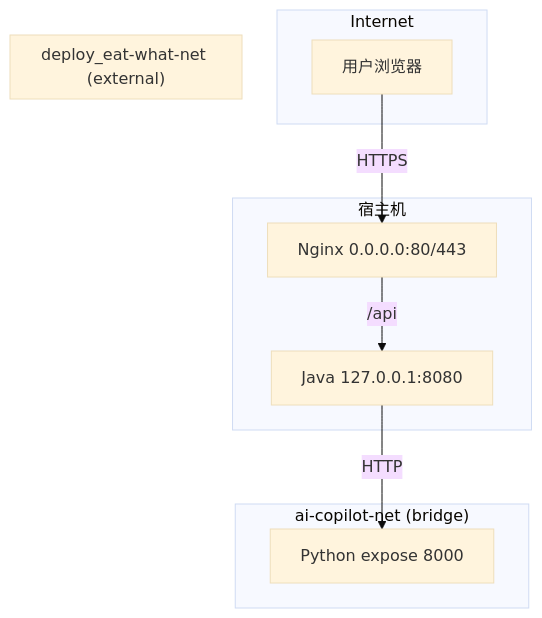
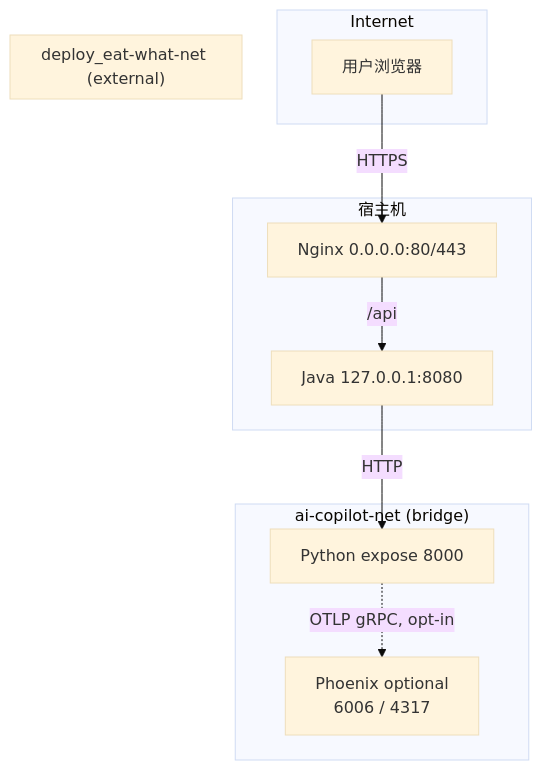
The first of 2 diagrams in docs/deployment.md (izz-BLUE/enterprise-ai-copilot), drawn with Mermaid (base theme) before and after one commit. The commit also changed other lines of this file and 9 other files, not shown here.

````diff
--- a/docs/deployment.md
+++ b/docs/deployment.md
@@ -162,25 +163,27 @@
 ```mermaid
 graph TD
     subgraph Internet
         U[用户浏览器]
     end
 
     subgraph Host ["宿主机"]
         NG[Nginx 0.0.0.0:80/443]
         J[Java 127.0.0.1:8080]
     end
 
     subgraph Net1 ["deploy_eat-what-net (external)"]
         NG
         J
     end
 
     subgraph Net2 ["ai-copilot-net (bridge)"]
         J
         P[Python expose 8000]
+        PHX[Phoenix optional<br/>6006 / 4317]
     end
 
     U -->|HTTPS| NG
     NG -->|/api| J
     J -->|HTTP| P
+    P -.->|OTLP gRPC, opt-in| PHX
 ```
````
